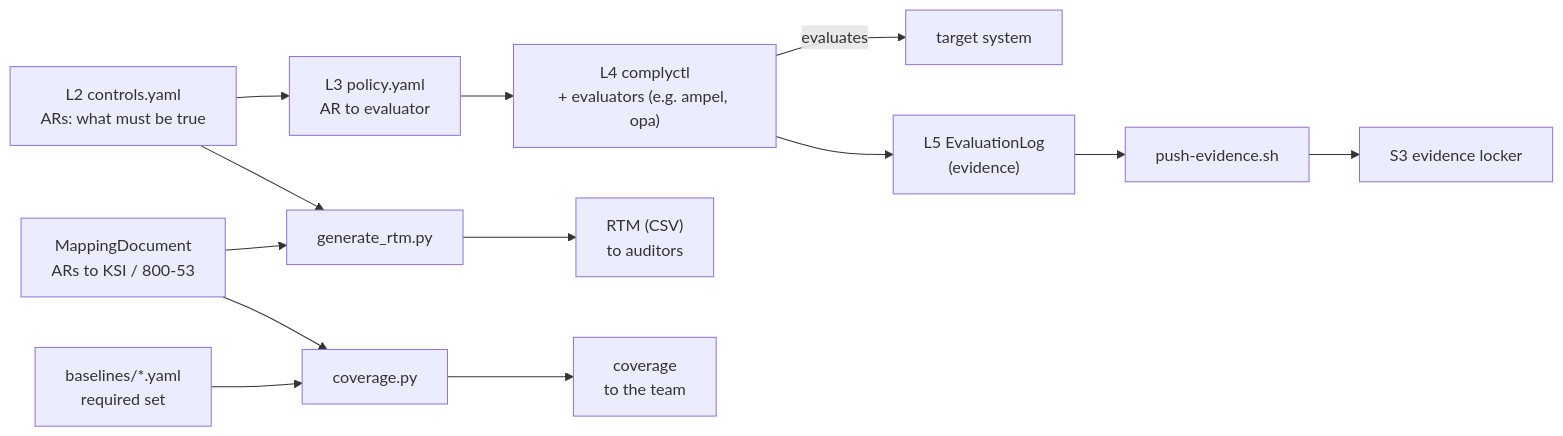
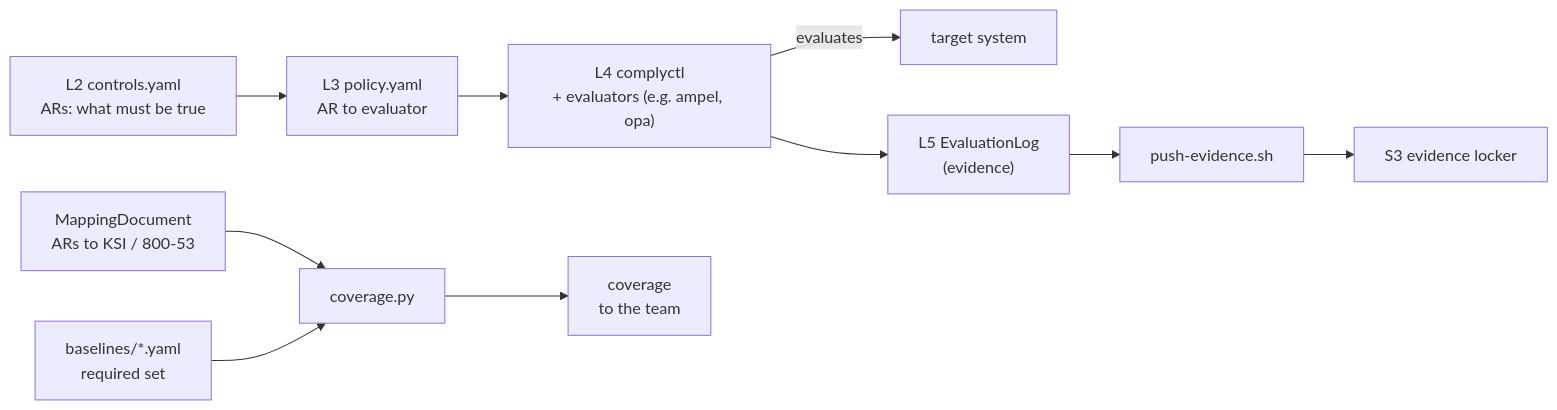
One commit to jmelis/rosa-seaplane-compliance changed the diagram in README.md. Above: the diagram before and after it, drawn with Mermaid. The commit also changed other lines of this file and 7 other files, not shown here.

````diff
--- a/README.md
+++ b/README.md
@@ -23,19 +21,16 @@
 ```mermaid
 flowchart LR
     CTRL["L2 controls.yaml<br/>ARs: what must be true"]
     POL["L3 policy.yaml<br/>AR to evaluator"]
     MAP["MappingDocument<br/>ARs to KSI / 800-53"]
     BASE["baselines/*.yaml<br/>required set"]
 
     CTRL --> POL --> CC["L4 complyctl<br/>+ evaluators (e.g. ampel, opa)"]
     CC -->|evaluates| TGT["target system"]
     CC --> LOG["L5 EvaluationLog<br/>(evidence)"]
 
-    CTRL --> RTM["generate_rtm.py"]
-    MAP --> RTM --> RTMCSV["RTM (CSV)<br/>to auditors"]
-
     MAP --> COVSC["coverage.py"]
     BASE --> COVSC --> COV["coverage<br/>to the team"]
 
     LOG --> PUSH["push-evidence.sh"] --> S3["S3 evidence locker"]
 ```
````
